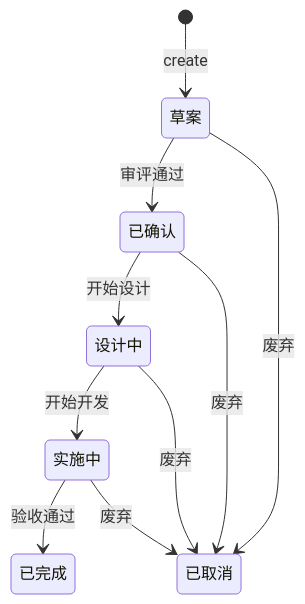
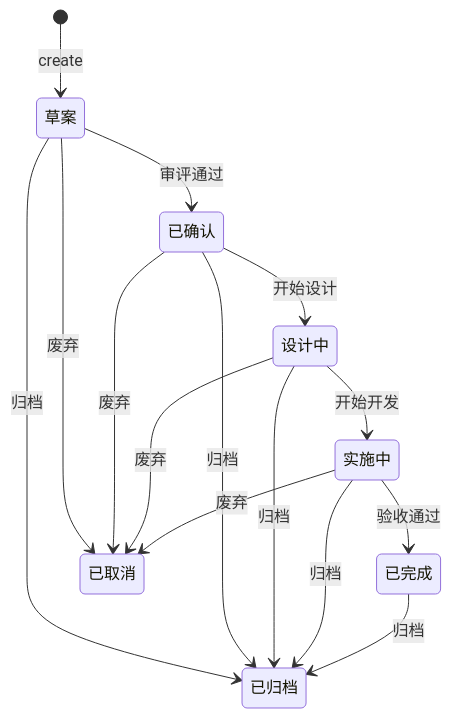
Before and after one commit to HACK-WU/skills: the third of 6 diagrams in docs/requirement-mgr-guide.md, drawn with Mermaid. The commit also changed other lines of this file and 22 other files, not shown here.

````diff
--- a/docs/requirement-mgr-guide.md
+++ b/docs/requirement-mgr-guide.md
@@ -283,13 +285,19 @@
 ```mermaid
 stateDiagram-v2
     [*] --> 草案 : create
     草案 --> 已确认 : 审评通过
     已确认 --> 设计中 : 开始设计
     设计中 --> 实施中 : 开始开发
     实施中 --> 已完成 : 验收通过
     
     草案 --> 已取消 : 废弃
     已确认 --> 已取消 : 废弃
     设计中 --> 已取消 : 废弃
     实施中 --> 已取消 : 废弃
+    
+    草案 --> 已归档 : 归档
+    已确认 --> 已归档 : 归档
+    设计中 --> 已归档 : 归档
+    实施中 --> 已归档 : 归档
+    已完成 --> 已归档 : 归档
 ```
````
